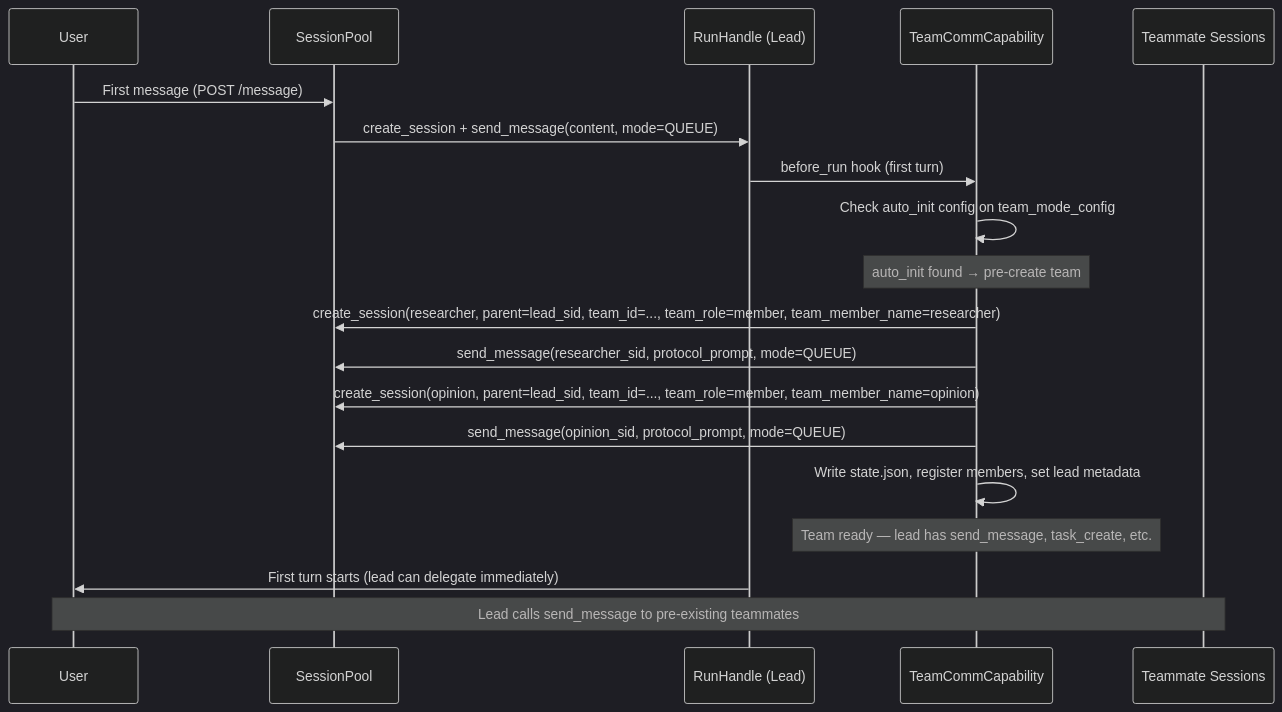
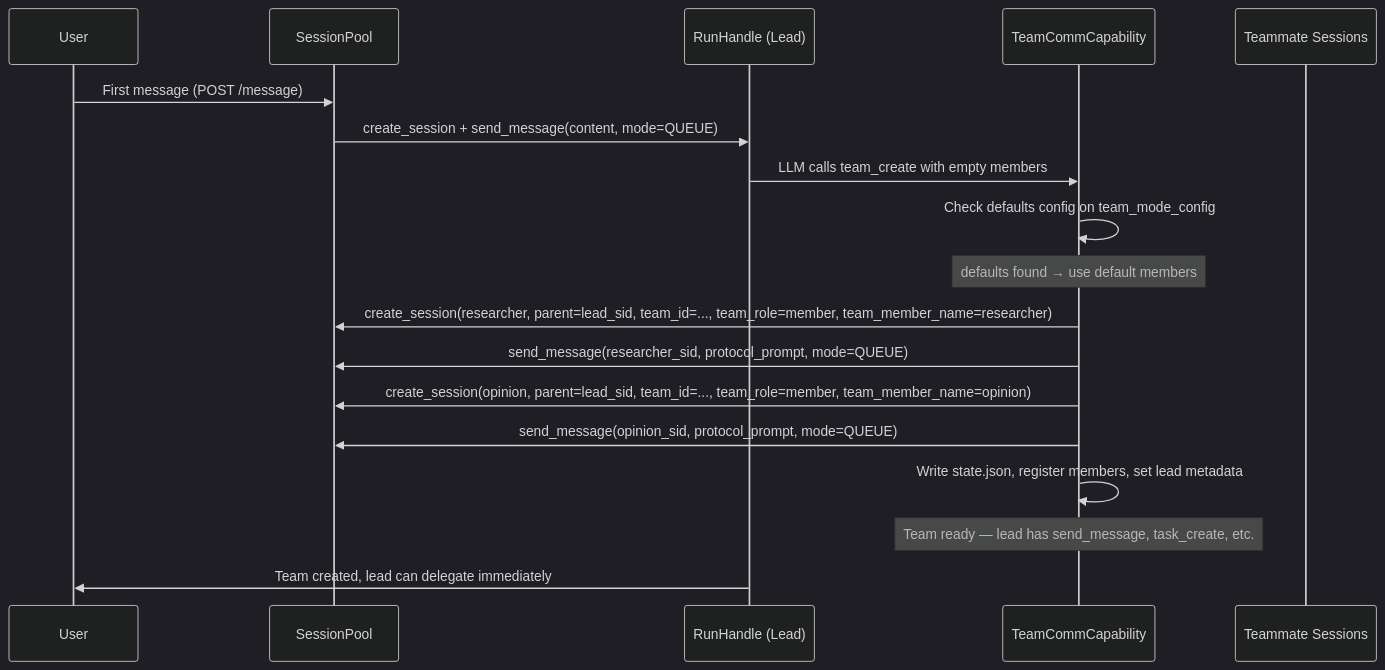
The fourth of 5 diagrams in docs/rfcs/draft/RFC-0055-dynamic-team-mode.md (Leoyzen/agentpool), drawn with Mermaid (dark theme) before and after one commit. The commit also changed other lines of this file and 10 other files, not shown here.

First line of the commit message:
refactor: rename auto_init to defaults, clean up docs and examples

````diff
--- a/docs/rfcs/draft/RFC-0055-dynamic-team-mode.md
+++ b/docs/rfcs/draft/RFC-0055-dynamic-team-mode.md
@@ -1083,22 +1083,21 @@
 ```mermaid
 sequenceDiagram
     participant User as User
     participant SP as SessionPool
     participant RH as RunHandle (Lead)
     participant TCC as TeamCommCapability
     participant Members as Teammate Sessions
 
     User->>SP: First message (POST /message)
     SP->>RH: create_session + send_message(content, mode=QUEUE)
-    RH->>TCC: before_run hook (first turn)
-    TCC->>TCC: Check auto_init config on team_mode_config
-    Note over TCC: auto_init found → pre-create team
+    RH->>TCC: LLM calls team_create with empty members
+    TCC->>TCC: Check defaults config on team_mode_config
+    Note over TCC: defaults found → use default members
     TCC->>SP: create_session(researcher, parent=lead_sid, team_id=..., team_role=member, team_member_name=researcher)
     TCC->>SP: send_message(researcher_sid, protocol_prompt, mode=QUEUE)
     TCC->>SP: create_session(opinion, parent=lead_sid, team_id=..., team_role=member, team_member_name=opinion)
     TCC->>SP: send_message(opinion_sid, protocol_prompt, mode=QUEUE)
     TCC->>TCC: Write state.json, register members, set lead metadata
     Note over TCC: Team ready — lead has send_message, task_create, etc.
-    RH->>User: First turn starts (lead can delegate immediately)
-    Note over User,Members: Lead calls send_message to pre-existing teammates
+    RH->>User: Team created, lead can delegate immediately
 ```
````
